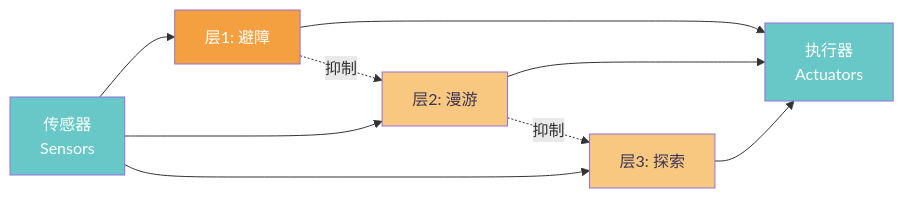
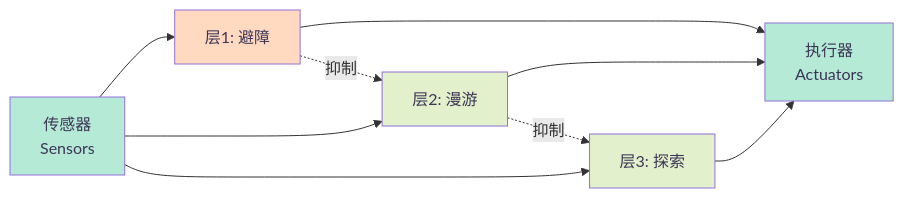
The third of 12 diagrams in _posts/2026-04-15-ai-agent.md (caoping0623/caoping0623.github.io), drawn with Mermaid before and after one commit. The commit also changed other lines of this file, not shown here.

First line of the commit message:
style: update all mermaid diagram node colors to macaron (pastel) palette

```diff
--- a/_posts/2026-04-15-ai-agent.md
+++ b/_posts/2026-04-15-ai-agent.md
@@ -109,16 +109,16 @@
 <div class="mermaid">
 graph LR
     S[传感器<br/>Sensors] --> L1[层1: 避障]
     S --> L2[层2: 漫游]
     S --> L3[层3: 探索]
     L1 --> A[执行器<br/>Actuators]
     L2 --> A
     L3 --> A
     L1 -.->|抑制| L2
     L2 -.->|抑制| L3
-    style S fill:#68c8c8,color:#ffffff
-    style L1 fill:#f5a040,color:#ffffff
-    style L2 fill:#f8c880,color:#3d3556
-    style L3 fill:#f8c880,color:#3d3556
-    style A fill:#68c8c8,color:#ffffff
+    style S fill:#b5ead7,color:#3d3556
+    style L1 fill:#ffdac1,color:#3d3556
+    style L2 fill:#e2f0cb,color:#3d3556
+    style L3 fill:#e2f0cb,color:#3d3556
+    style A fill:#b5ead7,color:#3d3556
 </div>
```
